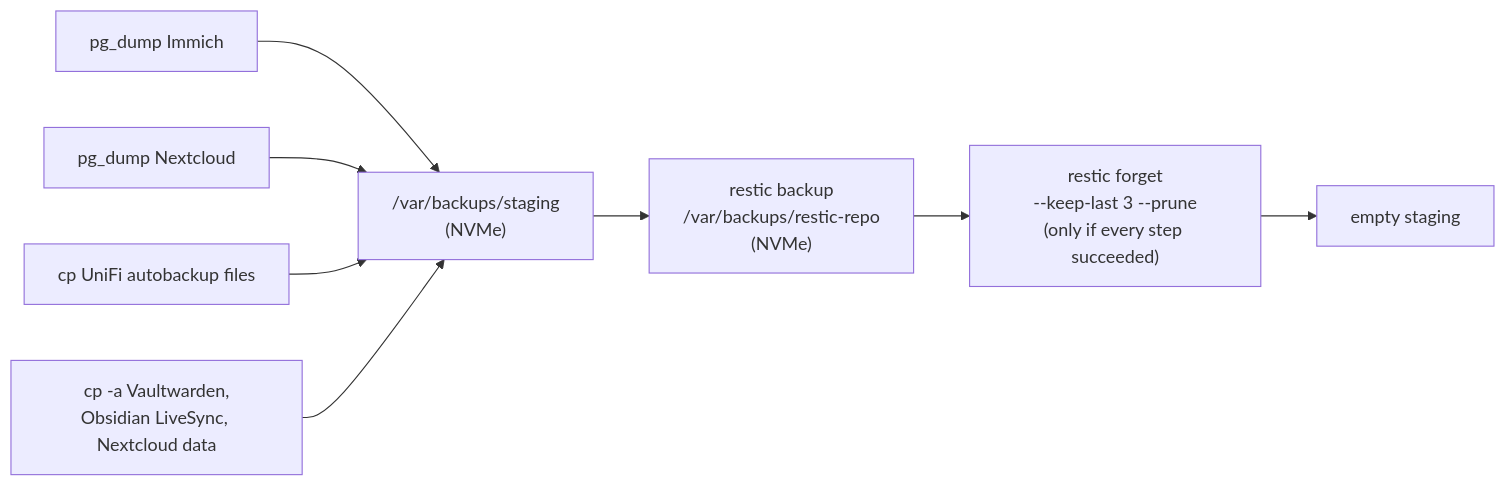
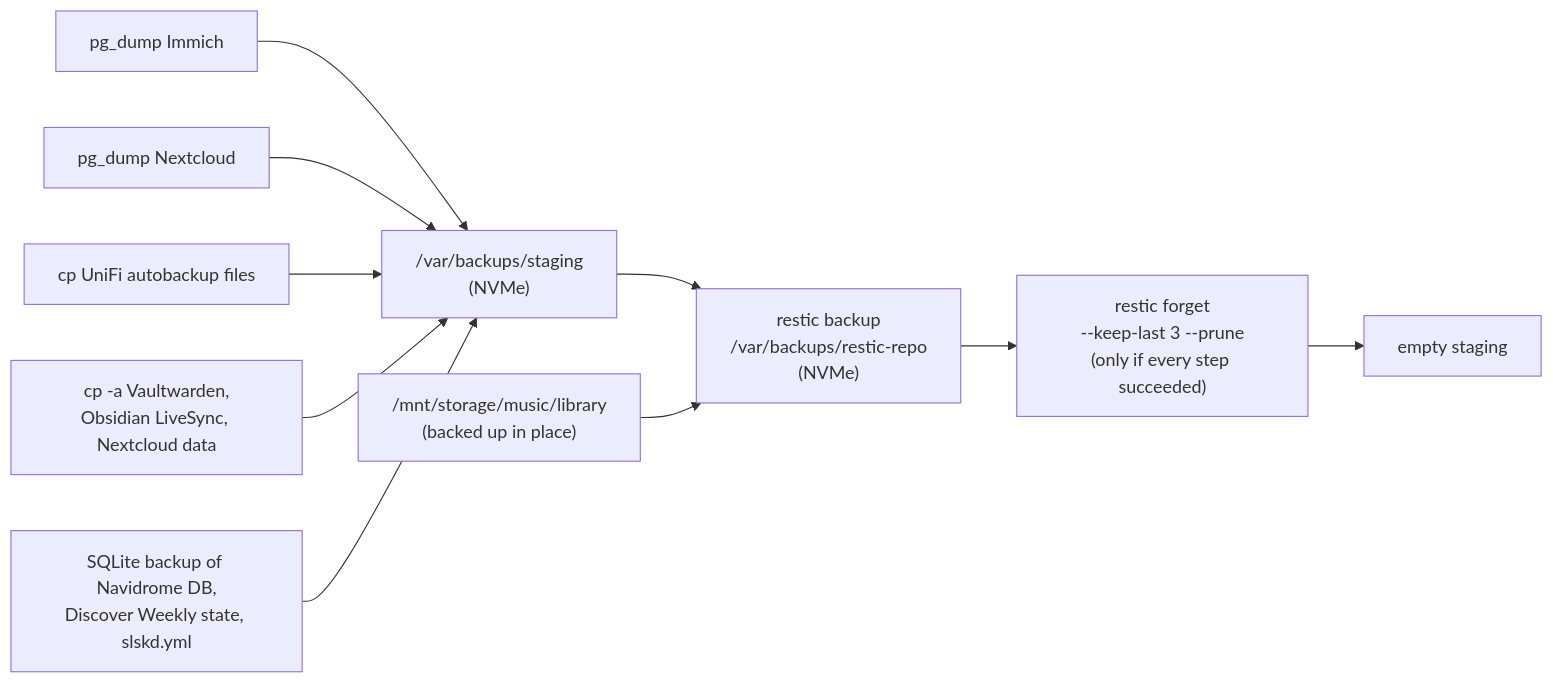
The second of 2 diagrams in docs/storage-and-backups.md (schultzn6619/homelab-documentation), drawn with Mermaid before and after one commit. The commit also changed other lines of this file and 4 other files, not shown here.

Commit message:
Back up the music server: Navidrome database, job state and library

````diff
--- a/docs/storage-and-backups.md
+++ b/docs/storage-and-backups.md
@@ -105,10 +105,12 @@
 ```mermaid
 flowchart LR
     A[pg_dump Immich] --> S["/var/backups/staging<br/>(NVMe)"]
     B[pg_dump Nextcloud] --> S
     C["cp UniFi autobackup files"] --> S
     D["cp -a Vaultwarden,<br/>Obsidian LiveSync, Nextcloud data"] --> S
+    E["SQLite backup of Navidrome DB,<br/>Discover Weekly state, slskd.yml"] --> S
     S --> R["restic backup<br/>/var/backups/restic-repo<br/>(NVMe)"]
+    M["/mnt/storage/music/library<br/>(backed up in place)"] --> R
     R --> F["restic forget<br/>--keep-last 3 --prune<br/>(only if every step succeeded)"]
     F --> X[empty staging]
 ```
````
